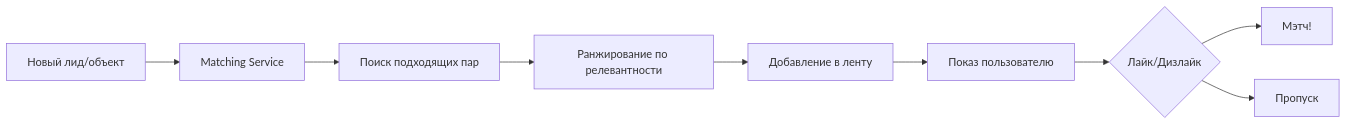
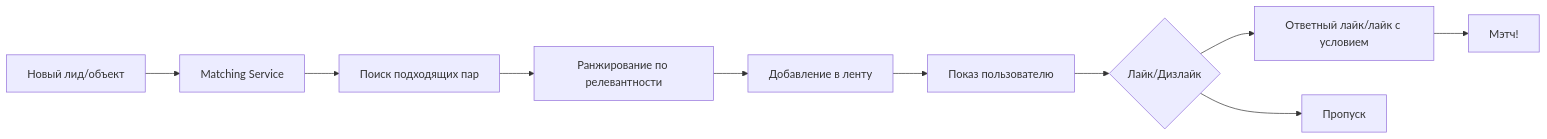
One commit to lead-exchange/docs changed the second of 6 diagrams in design/architecture.md. Above: the diagram before and after it, drawn with Mermaid. The commit also changed other lines of this file and 1 other file, not shown here.

Commit message:
fix(architecture): внесла правки согласно тредам и обсуждениям на синке

````diff
--- a/design/architecture.md
+++ b/design/architecture.md
@@ -101,11 +89,12 @@
 ```mermaid
 flowchart LR
     A[Новый лид/объект] --> B[Matching Service]
     B --> C[Поиск подходящих пар]
     C --> D[Ранжирование по релевантности]
     D --> E[Добавление в ленту]
     E --> F[Показ пользователю]
     F --> G{Лайк/Дизлайк}
-    G --> H[Мэтч!]
+    G --> H[Ответный лайк/лайк с условием]
+    H --> J[Мэтч!]
     G --> I[Пропуск]
 ```
````
